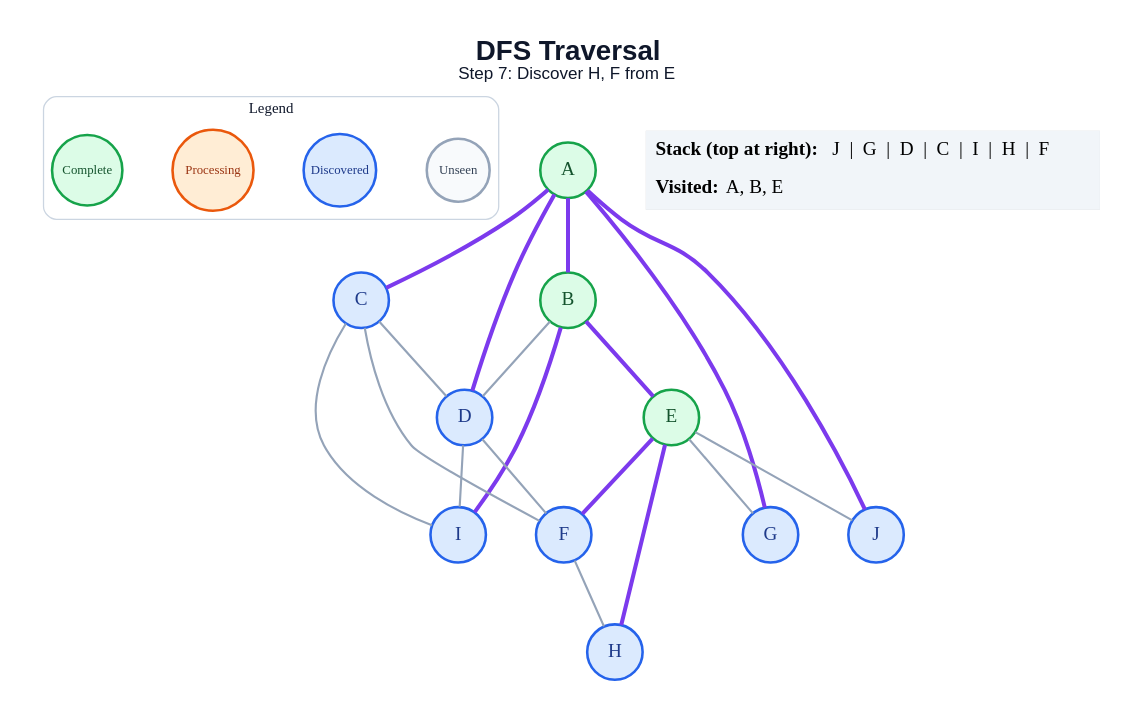
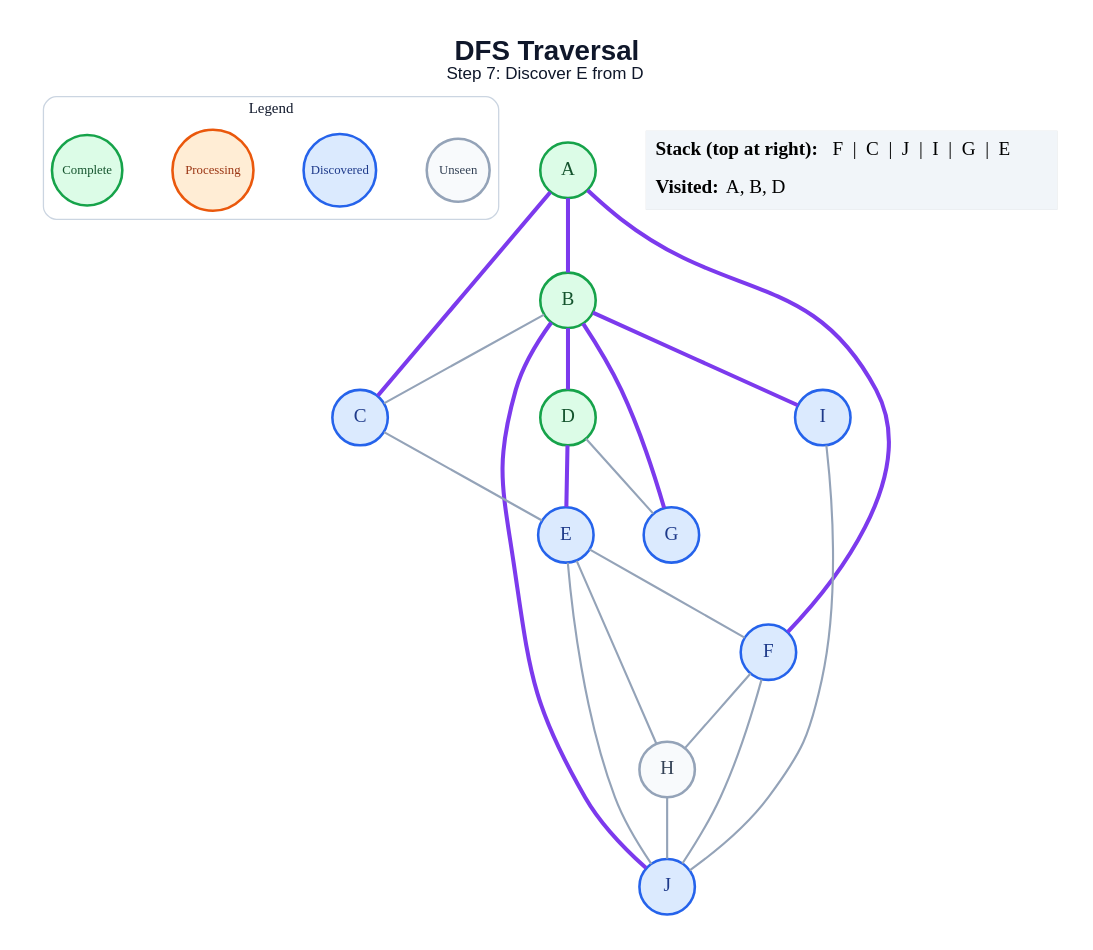
Before and after one commit to amanghodawala9/ai-slop: the diagram in generated/dfs/step_07.dot, drawn with Graphviz. The commit also changed 178 other files, not shown here.

```diff
--- a/generated/dfs/step_07.dot
+++ b/generated/dfs/step_07.dot
@@ -1,47 +1,47 @@
 graph traversal {
   graph [layout=dot, rankdir=TB, bgcolor="#FFFFFF", pad="0.35", nodesep="0.65", ranksep="0.8", fontname="Arial"];
   node [shape=circle, style="filled", fontname="Arial Bold", fontsize=18, width=0.72, fixedsize=true, penwidth=2.4];
   edge [color="#94A3B8", penwidth=2.0];
-  label=<<B>DFS Traversal</B><BR/><FONT POINT-SIZE="16">Step 7: Discover H, F from E</FONT>>; labelloc="t"; fontsize=26; fontname="Arial"; fontcolor="#0F172A";
+  label=<<B>DFS Traversal</B><BR/><FONT POINT-SIZE="16">Step 7: Discover E from D</FONT>>; labelloc="t"; fontsize=26; fontname="Arial"; fontcolor="#0F172A";
   subgraph cluster_legend { label="Legend"; color="#CBD5E1"; penwidth=1.2; style="rounded"; fontsize=14; fontname="Arial Bold";
     key_unseen [label="Unseen", fillcolor="#F8FAFC", color="#94A3B8", fontcolor="#334155", fontsize=12, width=0.82];
     key_frontier [label="Discovered", fillcolor="#DBEAFE", color="#2563EB", fontcolor="#1E3A8A", fontsize=12, width=0.95];
     key_current [label="Processing", fillcolor="#FFEDD5", color="#EA580C", fontcolor="#9A3412", fontsize=12, width=1.05];
     key_done [label="Complete", fillcolor="#DCFCE7", color="#16A34A", fontcolor="#14532D", fontsize=12, width=0.92];
     { rank=same; key_unseen; key_frontier; key_current; key_done; }
   }
   A [fillcolor="#DCFCE7", color="#16A34A", fontcolor="#14532D"];
   B [fillcolor="#DCFCE7", color="#16A34A", fontcolor="#14532D"];
   C [fillcolor="#DBEAFE", color="#2563EB", fontcolor="#1E3A8A"];
-  D [fillcolor="#DBEAFE", color="#2563EB", fontcolor="#1E3A8A"];
-  E [fillcolor="#DCFCE7", color="#16A34A", fontcolor="#14532D"];
+  D [fillcolor="#DCFCE7", color="#16A34A", fontcolor="#14532D"];
+  E [fillcolor="#DBEAFE", color="#2563EB", fontcolor="#1E3A8A"];
   F [fillcolor="#DBEAFE", color="#2563EB", fontcolor="#1E3A8A"];
   G [fillcolor="#DBEAFE", color="#2563EB", fontcolor="#1E3A8A"];
-  H [fillcolor="#DBEAFE", color="#2563EB", fontcolor="#1E3A8A"];
+  H [fillcolor="#F8FAFC", color="#94A3B8", fontcolor="#334155"];
   I [fillcolor="#DBEAFE", color="#2563EB", fontcolor="#1E3A8A"];
   J [fillcolor="#DBEAFE", color="#2563EB", fontcolor="#1E3A8A"];
   A -- B [color="#7C3AED", penwidth=3.8];
   A -- C [color="#7C3AED", penwidth=3.8];
-  A -- D [color="#7C3AED", penwidth=3.8];
-  A -- G [color="#7C3AED", penwidth=3.8];
-  A -- J [color="#7C3AED", penwidth=3.8];
-  B -- D;
-  B -- E [color="#7C3AED", penwidth=3.8];
+  A -- F [color="#7C3AED", penwidth=3.8];
+  B -- C;
+  B -- D [color="#7C3AED", penwidth=3.8];
+  B -- G [color="#7C3AED", penwidth=3.8];
   B -- I [color="#7C3AED", penwidth=3.8];
-  C -- D;
-  C -- F;
-  C -- I;
-  D -- F;
-  D -- I;
-  E -- F [color="#7C3AED", penwidth=3.8];
-  E -- G;
-  E -- H [color="#7C3AED", penwidth=3.8];
+  B -- J [color="#7C3AED", penwidth=3.8];
+  C -- E;
+  D -- E [color="#7C3AED", penwidth=3.8];
+  D -- G;
+  E -- F;
+  E -- H;
   E -- J;
   F -- H;
+  F -- J;
+  H -- J;
+  I -- J;
   status [shape=plain, fixedsize=false, width=0, height=0, margin=0, label=<
     <TABLE BORDER="0" CELLBORDER="0" CELLPADDING="7" BGCOLOR="#F1F5F9">
-      <TR><TD ALIGN="LEFT"><B>Stack (top at right):</B> J  |  G  |  D  |  C  |  I  |  H  |  F</TD></TR>
-      <TR><TD ALIGN="LEFT"><B>Visited:</B> A, B, E</TD></TR>
+      <TR><TD ALIGN="LEFT"><B>Stack (top at right):</B> F  |  C  |  J  |  I  |  G  |  E</TD></TR>
+      <TR><TD ALIGN="LEFT"><B>Visited:</B> A, B, D</TD></TR>
     </TABLE>
   >];
 }
```
